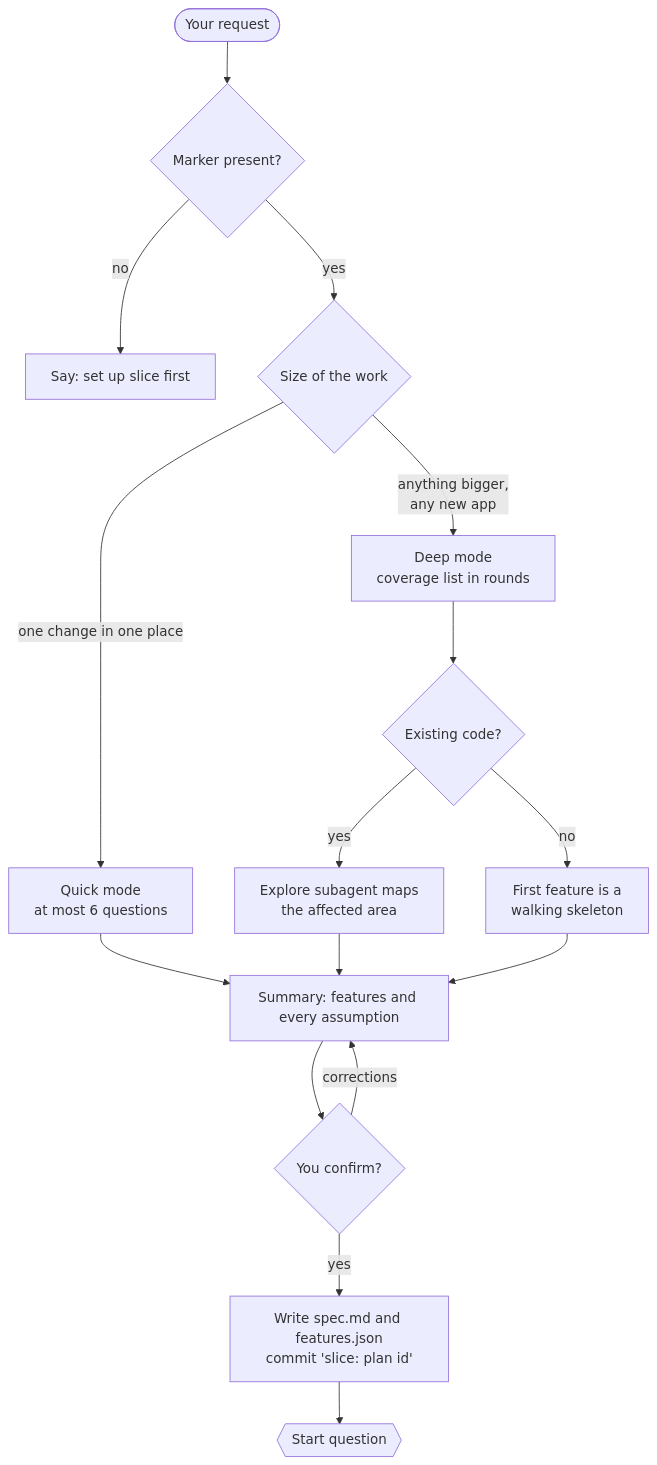
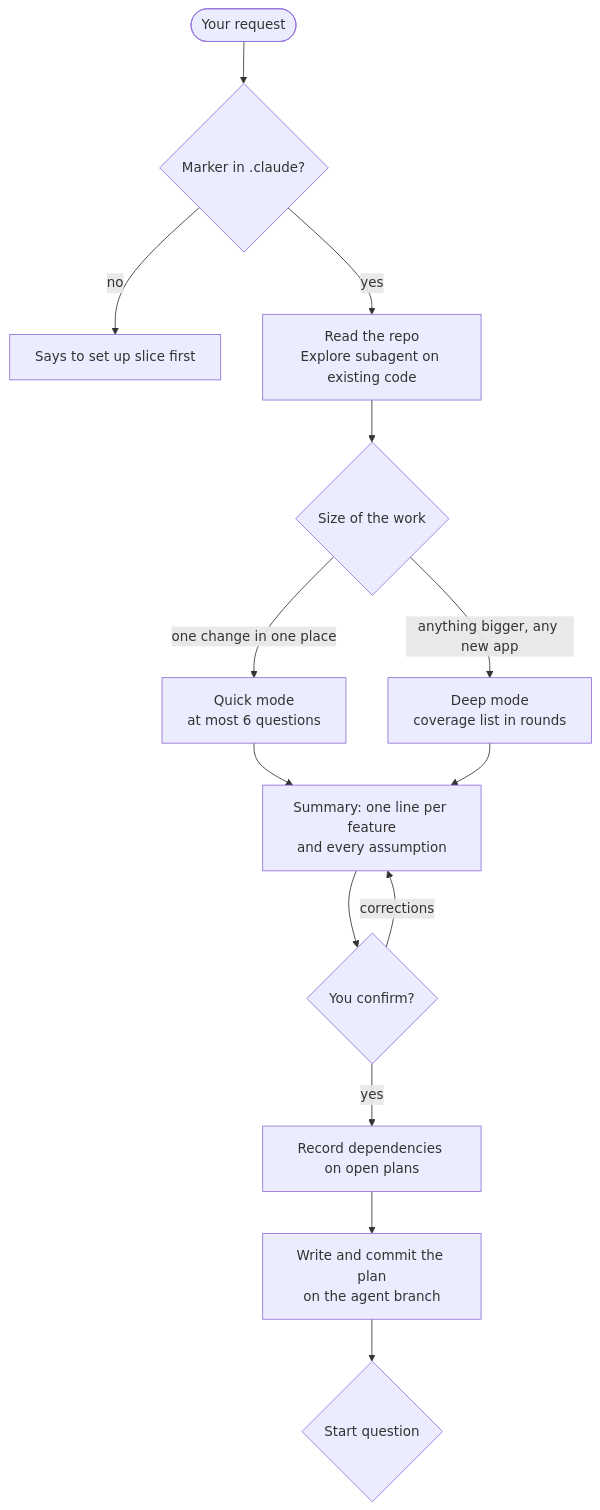
One commit to ahlerjam/cflow changed the third of 7 diagrams in plugins/slice/README.md. Above: the diagram before and after it, drawn with Mermaid. The commit also changed other lines of this file and 3 other files, not shown here.

````diff
--- a/plugins/slice/README.md
+++ b/plugins/slice/README.md
@@ -109,18 +147,16 @@
 ```mermaid
 flowchart TD
-    start([Your request]) --> marker{Marker present?}
-    marker -->|no| setupfirst[Say: set up slice first]
-    marker -->|yes| size{Size of the work}
-    size -->|one change in one place| quick[Quick mode<br/>at most 6 questions]
-    size -->|anything bigger,<br/>any new app| deep[Deep mode<br/>coverage list in rounds]
-    deep --> brown{Existing code?}
-    brown -->|yes| explore[Explore subagent maps<br/>the affected area]
-    brown -->|no| skeleton[First feature is a<br/>walking skeleton]
-    quick --> summary
-    explore --> summary
-    skeleton --> summary
-    summary[Summary: features and every assumption] --> confirm{You confirm?}
-    confirm -->|corrections| summary
-    confirm -->|yes| write[Write spec.md and features.json<br/>commit 'slice: plan id']
-    write --> sq{{Start question}}
+    req(["Your request"]) --> marker{"Marker in .claude?"}
+    marker -->|"no"| first["Says to set up slice first"]
+    marker -->|"yes"| read["Read the repo<br/>Explore subagent on existing code"]
+    read --> size{"Size of the work"}
+    size -->|"one change in one place"| quick["Quick mode<br/>at most 6 questions"]
+    size -->|"anything bigger, any new app"| deep["Deep mode<br/>coverage list in rounds"]
+    quick --> summary["Summary: one line per feature<br/>and every assumption"]
+    deep --> summary
+    summary --> ok{"You confirm?"}
+    ok -->|"corrections"| summary
+    ok -->|"yes"| deps["Record dependencies on open plans"]
+    deps --> write["Write and commit the plan<br/>on the agent branch"]
+    write --> sq{"Start question"}
 ```
````
